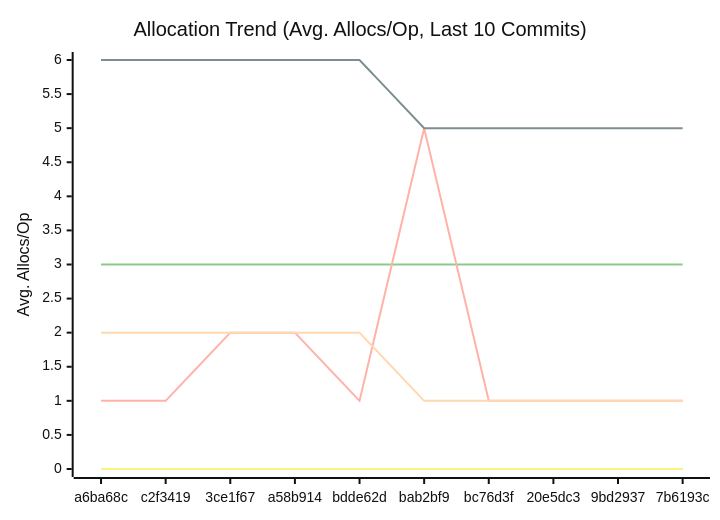
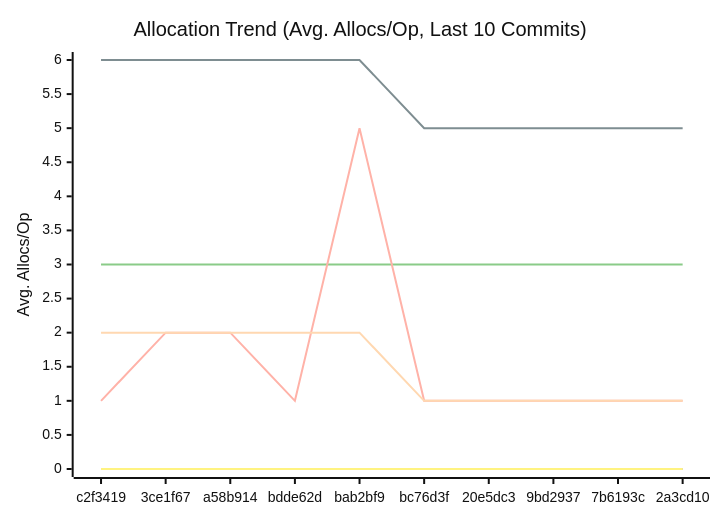
One commit to alsotoes/momo changed the third of 3 diagrams in docs/PERFORMANCE.md. Above: the diagram before and after it, drawn with Mermaid (neutral theme). The commit also changed other lines of this file and 2 other files, not shown here.

````diff
--- a/docs/PERFORMANCE.md
+++ b/docs/PERFORMANCE.md
@@ -114,16 +114,16 @@
 ```mermaid
 xychart-beta
     title "Allocation Trend (Avg. Allocs/Op, Last 10 Commits)"
     x-axis "Commit"
     y-axis "Avg. Allocs/Op"
-    x-axis [a6ba68c,c2f3419,3ce1f67,a58b914,bdde62d,bab2bf9,bc76d3f,20e5dc3,9bd2937,7b6193c]
+    x-axis [c2f3419,3ce1f67,a58b914,bdde62d,bab2bf9,bc76d3f,20e5dc3,9bd2937,7b6193c,2a3cd10]
     line "CheckMetricsAndSwap" [0,0,0,0,0,0,0,0,0,0]
     line "CrushOptimized" [0,0,0,0,0,0,0,0,0,0]
     line "CrushOriginal" [3,3,3,3,3,3,3,3,3,3]
     line "IndexDirectTracking" [0,0,0,0,0,0,0,0,0,0]
     line "IndexSearch" [0,0,0,0,0,0,0,0,0,0]
-    line "LoadGlobalConfig" [1,1,2,2,1,5,1,1,1,1]
+    line "LoadGlobalConfig" [1,2,2,1,5,1,1,1,1,1]
     line "PadString" [0,0,0,0,0,0,0,0,0,0]
     line "ParseReplicationOrder_NoPrealloc" [6,6,6,6,6,5,5,5,5,5]
     line "ParseReplicationOrder_Prealloc" [2,2,2,2,2,1,1,1,1,1]
 ```
````
